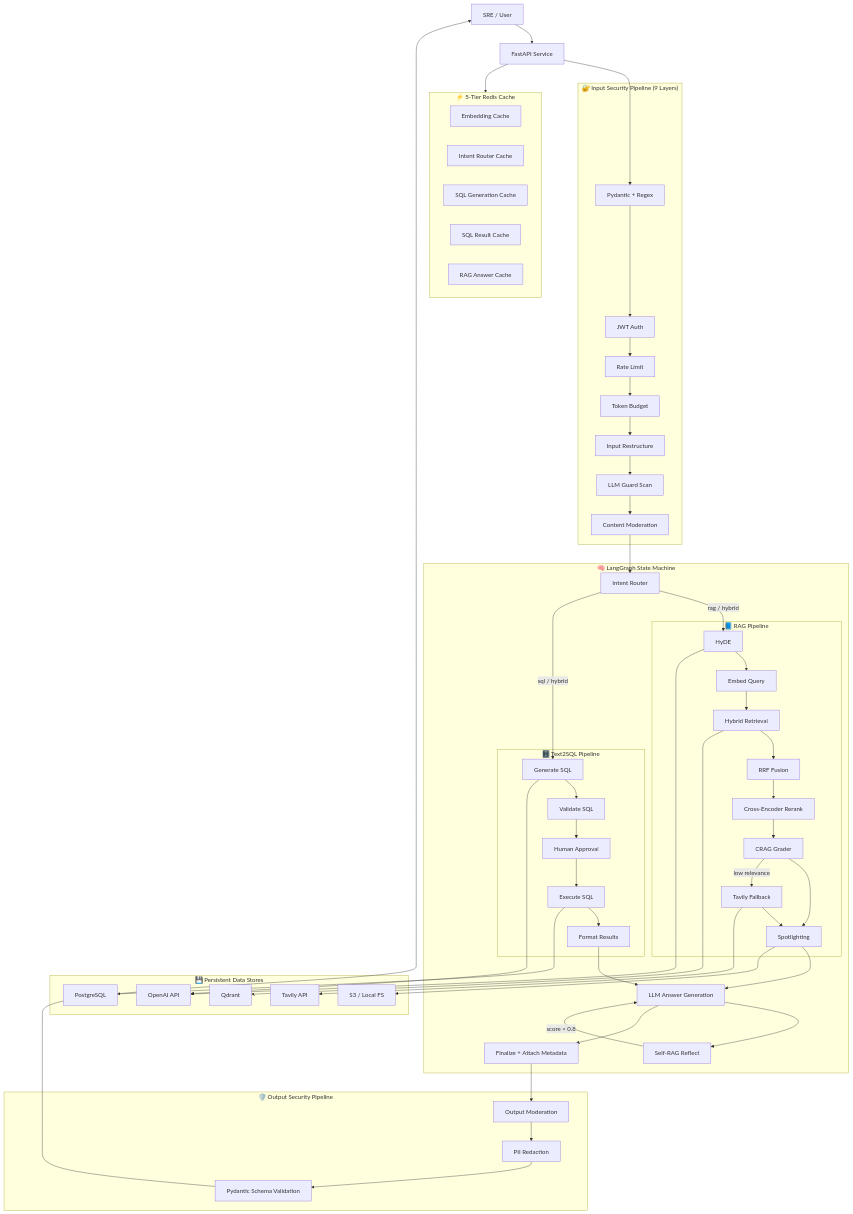
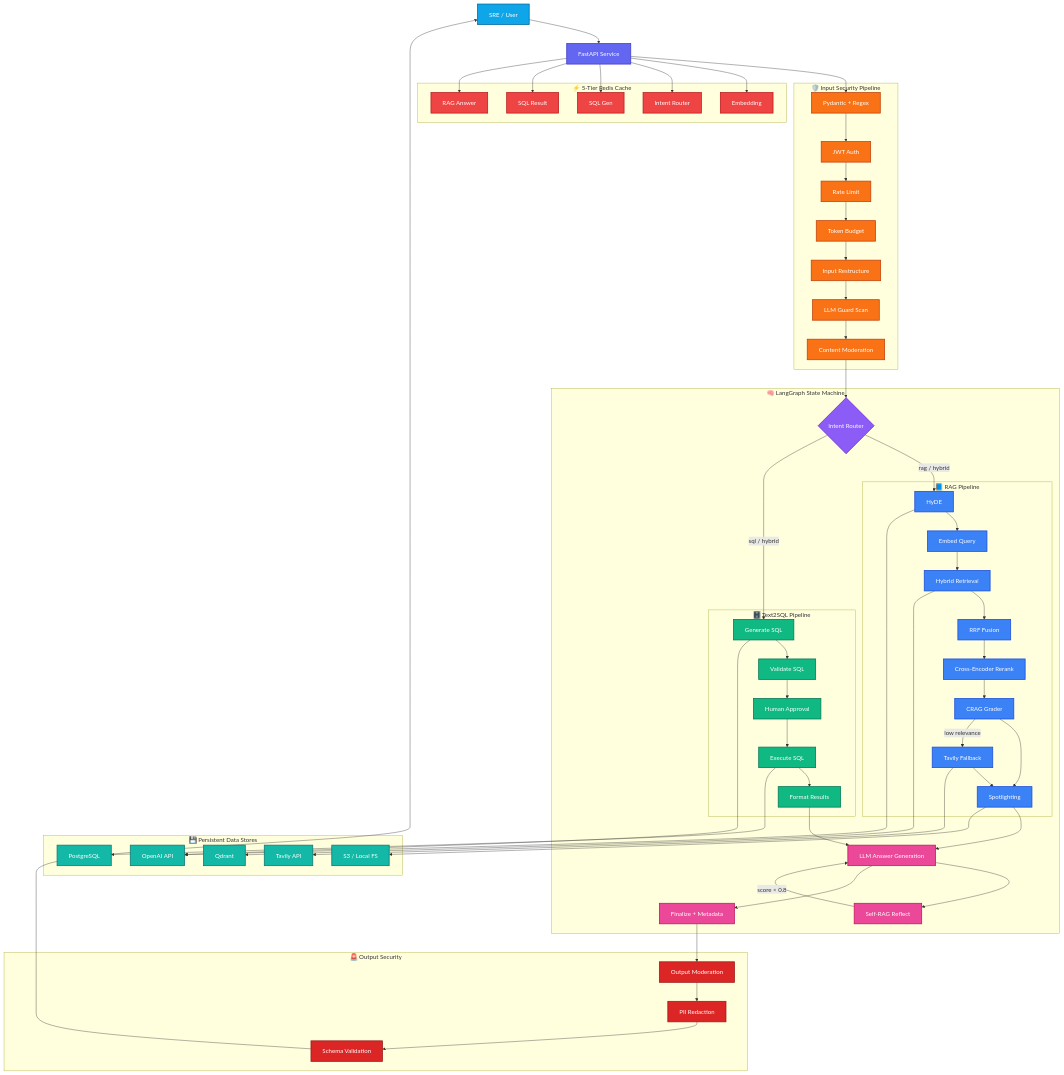
One commit to AnjaliYadav-04/CortexRAG_Intelligence changed the diagram in README.md. Above: the diagram before and after it, drawn with Mermaid.

Commit message:
Update README
Updated the flowchart in README.md to enhance clarity and organization of the security and processing pipelines.

````diff
--- a/README.md
+++ b/README.md
@@ -17,111 +17,139 @@
 ```mermaid
 flowchart TD
 
-    U[SRE / User]
-    F[FastAPI Service]
+%% Nodes Styling
+classDef user fill:#0ea5e9,color:#fff,stroke:#0369a1,stroke-width:2px;
+classDef api fill:#6366f1,color:#fff,stroke:#4338ca,stroke-width:2px;
+classDef input fill:#f97316,color:#fff,stroke:#c2410c,stroke-width:2px;
+classDef rag fill:#3b82f6,color:#fff,stroke:#1d4ed8,stroke-width:2px;
+classDef sql fill:#10b981,color:#fff,stroke:#047857,stroke-width:2px;
+classDef llm fill:#ec4899,color:#fff,stroke:#be185d,stroke-width:2px;
+classDef cache fill:#ef4444,color:#fff,stroke:#b91c1c,stroke-width:2px;
+classDef output fill:#dc2626,color:#fff,stroke:#991b1b,stroke-width:2px;
+classDef db fill:#14b8a6,color:#fff,stroke:#0f766e,stroke-width:2px;
+classDef decision fill:#8b5cf6,color:#fff,stroke:#6d28d9,stroke-width:2px;
 
-    %% Input Security
-    subgraph INPUT["🔐 Input Security Pipeline (9 Layers)"]
-        I1[Pydantic + Regex]
-        I2[JWT Auth]
-        I3[Rate Limit]
-        I4[Token Budget]
-        I5[Input Restructure]
-        I6[LLM Guard Scan]
-        I7[Content Moderation]
+%% Main Nodes
+U[SRE / User]
+F[FastAPI Service]
+
+%% Input Security
+subgraph INPUT["🛡️ Input Security Pipeline"]
+    I1[Pydantic + Regex]
+    I2[JWT Auth]
+    I3[Rate Limit]
+    I4[Token Budget]
+    I5[Input Restructure]
+    I6[LLM Guard Scan]
+    I7[Content Moderation]
+end
+
+%% Cache Layer
+subgraph CACHE["⚡ 5-Tier Redis Cache"]
+    C1[Embedding]
+    C2[Intent Router]
+    C3[SQL Gen]
+    C4[SQL Result]
+    C5[RAG Answer]
+end
+
+%% LangGraph
+subgraph LANGGRAPH["🧠 LangGraph State Machine"]
+
+    R{Intent Router}
+
+    subgraph RAG["📘 RAG Pipeline"]
+        H[HyDE]
+        E[Embed Query]
+        HR[Hybrid Retrieval]
+        RF[RRF Fusion]
+        RR[Cross-Encoder Rerank]
+        CG[CRAG Grader]
+        SP[Spotlighting]
+        TV[Tavily Fallback]
     end
 
-    %% Cache Layer
-    subgraph CACHE["⚡ 5-Tier Redis Cache"]
-        C1[Embedding Cache]
-        C2[Intent Router Cache]
-        C3[SQL Generation Cache]
-        C4[SQL Result Cache]
-        C5[RAG Answer Cache]
+    subgraph SQL["🗄️ Text2SQL Pipeline"]
+        GS[Generate SQL]
+        VS[Validate SQL]
+        HITL[Human Approval]
+        EX[Execute SQL]
+        FR[Format Results]
     end
 
-    %% LangGraph State Machine
-    subgraph LANGGRAPH["🧠 LangGraph State Machine"]
+    LG[LLM Answer Generation]
+    SR[Self-RAG Reflect]
+    FN[Finalize + Metadata]
+end
 
-        R[Intent Router]
+%% Output Security
+subgraph OUTPUT["🚨 Output Security"]
+    O1[Output Moderation]
+    O2[PII Redaction]
+    O3[Schema Validation]
+end
 
-        %% RAG Pipeline
-        subgraph RAG["📘 RAG Pipeline"]
-            H[HyDE]
-            E[Embed Query]
-            HR[Hybrid Retrieval]
-            RF[RRF Fusion]
-            RR[Cross-Encoder Rerank]
-            CG[CRAG Grader]
-            SP[Spotlighting]
-            TV[Tavily Fallback]
-        end
+%% Data Stores
+subgraph STORES["💾 Persistent Data Stores"]
+    Q[Qdrant]
+    P[PostgreSQL]
+    S[S3 / Local FS]
+    OA[OpenAI API]
+    T[Tavily API]
+end
 
-        %% SQL Pipeline
-        subgraph SQL["🗄️ Text2SQL Pipeline"]
-            GS[Generate SQL]
-            VS[Validate SQL]
-            HITL[Human Approval]
-            EX[Execute SQL]
-            FR[Format Results]
-        end
+%% Main Flow
+U --> F
+F --> I1
+I1 --> I2 --> I3 --> I4 --> I5 --> I6 --> I7
+I7 --> R
 
-        LG[LLM Answer Generation]
-        SR[Self-RAG Reflect]
-        FN[Finalize + Attach Metadata]
-    end
+%% Cache Connection
+F --> C1
+F --> C2
+F --> C3
+F --> C4
+F --> C5
 
-    %% Output Security
-    subgraph OUTPUT["🛡️ Output Security Pipeline"]
-        O1[Output Moderation]
-        O2[PII Redaction]
-        O3[Pydantic Schema Validation]
-    end
+%% Intent Routing
+R -->|rag / hybrid| H
+R -->|sql / hybrid| GS
 
-    %% Persistent Stores
-    subgraph STORES["💾 Persistent Data Stores"]
-        Q[Qdrant]
-        P[PostgreSQL]
-        S[S3 / Local FS]
-        OAI[OpenAI API]
-        T[Tavily API]
-    end
+%% RAG Flow
+H --> E --> HR --> RF --> RR --> CG --> SP
+CG -->|low relevance| TV
+TV --> SP
+SP --> LG
 
-    %% Main Flow
-    U --> F
-    F --> I1
-    I1 --> I2 --> I3 --> I4 --> I5 --> I6 --> I7
-    I7 --> R
+%% SQL Flow
+GS --> VS --> HITL --> EX --> FR --> LG
 
-    %% Cache Wrapping
-    F --> CACHE
+%% Self Reflection
+LG --> SR
+SR -->|score < 0.8| LG
+LG --> FN
 
-    %% Intent Routing
-    R -->|rag / hybrid| H
-    R -->|sql / hybrid| GS
+%% Output Security
+FN --> O1 --> O2 --> O3 --> U
 
-    %% RAG Flow
-    H --> E --> HR --> RF --> RR --> CG --> SP
-    CG -->|low relevance| TV
-    TV --> SP
-    SP --> LG
+%% Store Connections
+HR --> Q
+EX --> P
+SP --> S
+H --> OA
+GS --> OA
+TV --> T
 
-    %% SQL Flow
-    GS --> VS --> HITL --> EX --> FR --> LG
+%% Apply Styles
+class U user;
+class F api;
 
-    %% Self Reflection
-    LG --> SR
-    SR -->|score < 0.8| LG
-    LG --> FN
-
-    %% Output Security
-    FN --> O1 --> O2 --> O3 --> U
-
-    %% Data Connections
-    HR --> Q
-    EX --> P
-    H --> OAI
-    GS --> OAI
-    TV --> T
-    SP --> S
+class I1,I2,I3,I4,I5,I6,I7 input;
+class H,E,HR,RF,RR,CG,SP,TV rag;
+class GS,VS,HITL,EX,FR sql;
+class LG,SR,FN llm;
+class C1,C2,C3,C4,C5 cache;
+class O1,O2,O3 output;
+class Q,P,S,OA,T db;
+class R decision;
 ```
````
